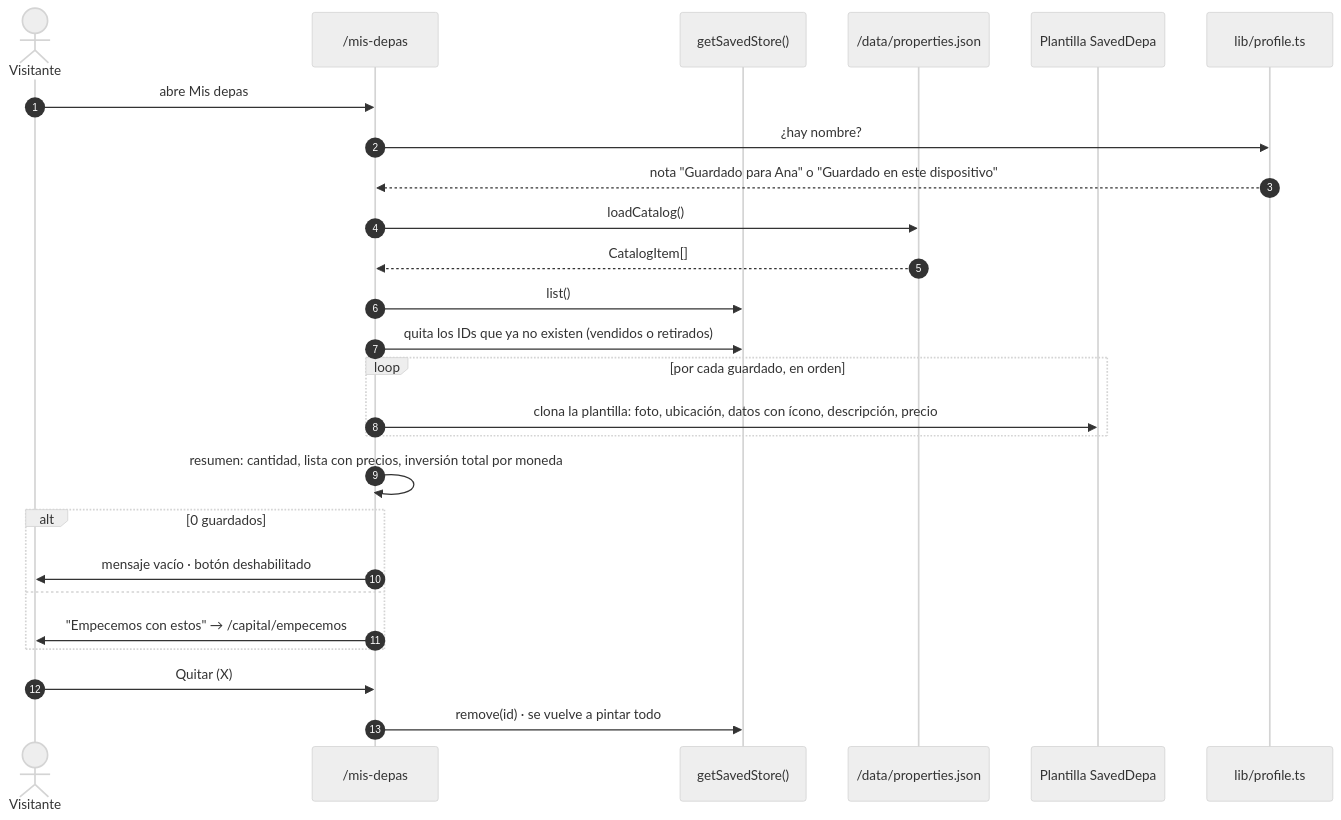
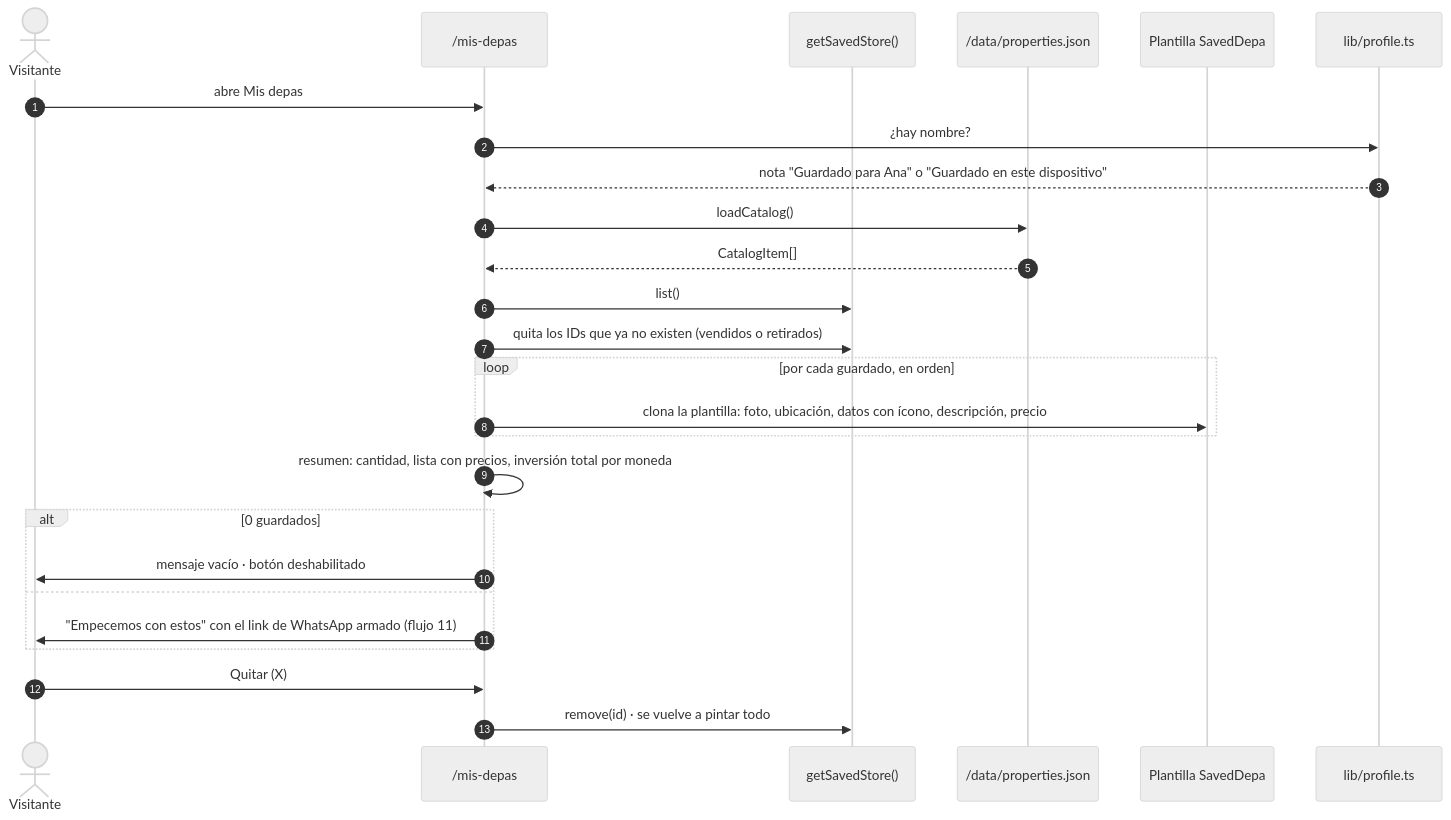
Diagram 12 of 18 in docs/plataforma/05-flujos.md (samirharrytl/DHC_landing), drawn with Mermaid (neutral theme) before and after one commit. The commit also changed other lines of this file and 86 other files, not shown here.

````diff
--- a/docs/plataforma/05-flujos.md
+++ b/docs/plataforma/05-flujos.md
@@ -420,29 +418,29 @@
 ```mermaid
 sequenceDiagram
     autonumber
     actor V as Visitante
     participant P as /mis-depas
     participant ST as getSavedStore()
     participant CAT as /data/properties.json
     participant T as Plantilla SavedDepa
     participant PR as lib/profile.ts
 
     V->>P: abre Mis depas
     P->>PR: ¿hay nombre?
     PR-->>P: nota "Guardado para Ana" o "Guardado en este dispositivo"
     P->>CAT: loadCatalog()
     CAT-->>P: CatalogItem[]
     P->>ST: list()
     P->>ST: quita los IDs que ya no existen (vendidos o retirados)
     loop por cada guardado, en orden
         P->>T: clona la plantilla: foto, ubicación, datos con ícono, descripción, precio
     end
     P->>P: resumen: cantidad, lista con precios, inversión total por moneda
     alt 0 guardados
         P->>V: mensaje vacío · botón deshabilitado
     else
-        P->>V: "Empecemos con estos" → /capital/empecemos
+        P->>V: "Empecemos con estos" con el link de WhatsApp armado (flujo 11)
     end
     V->>P: Quitar (X)
     P->>ST: remove(id) · se vuelve a pintar todo
 ```
````
